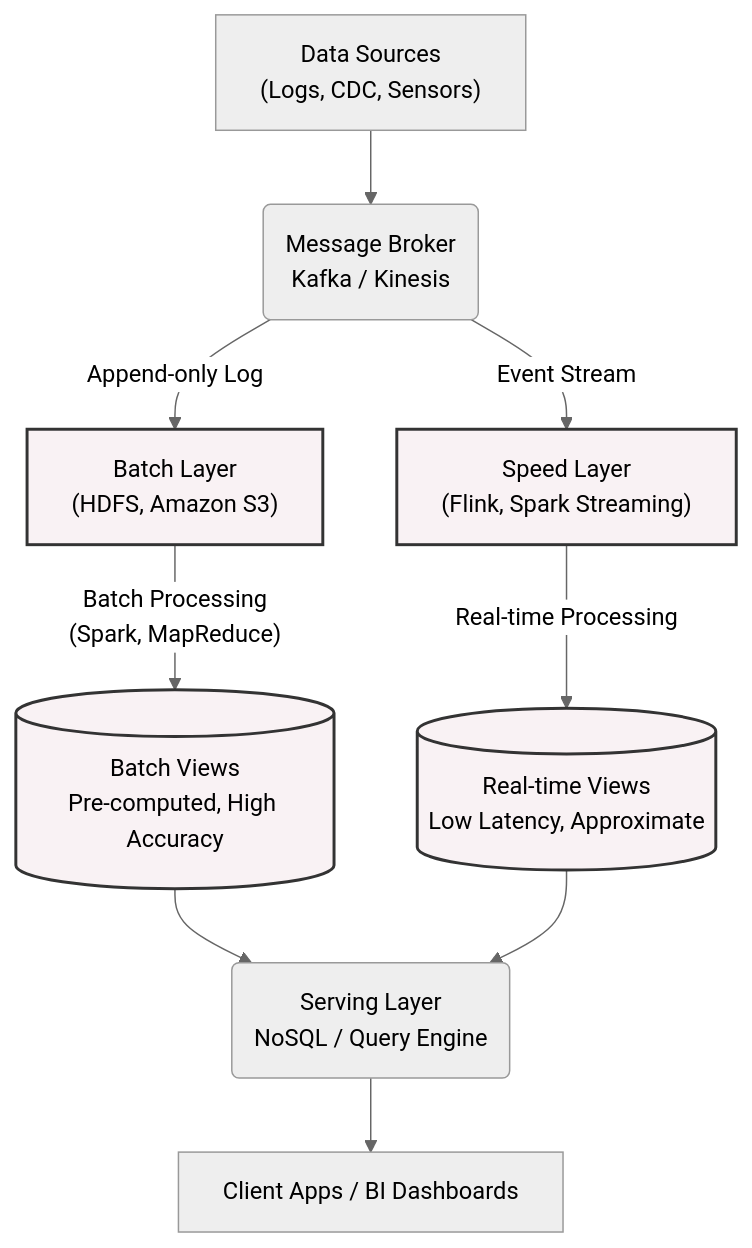
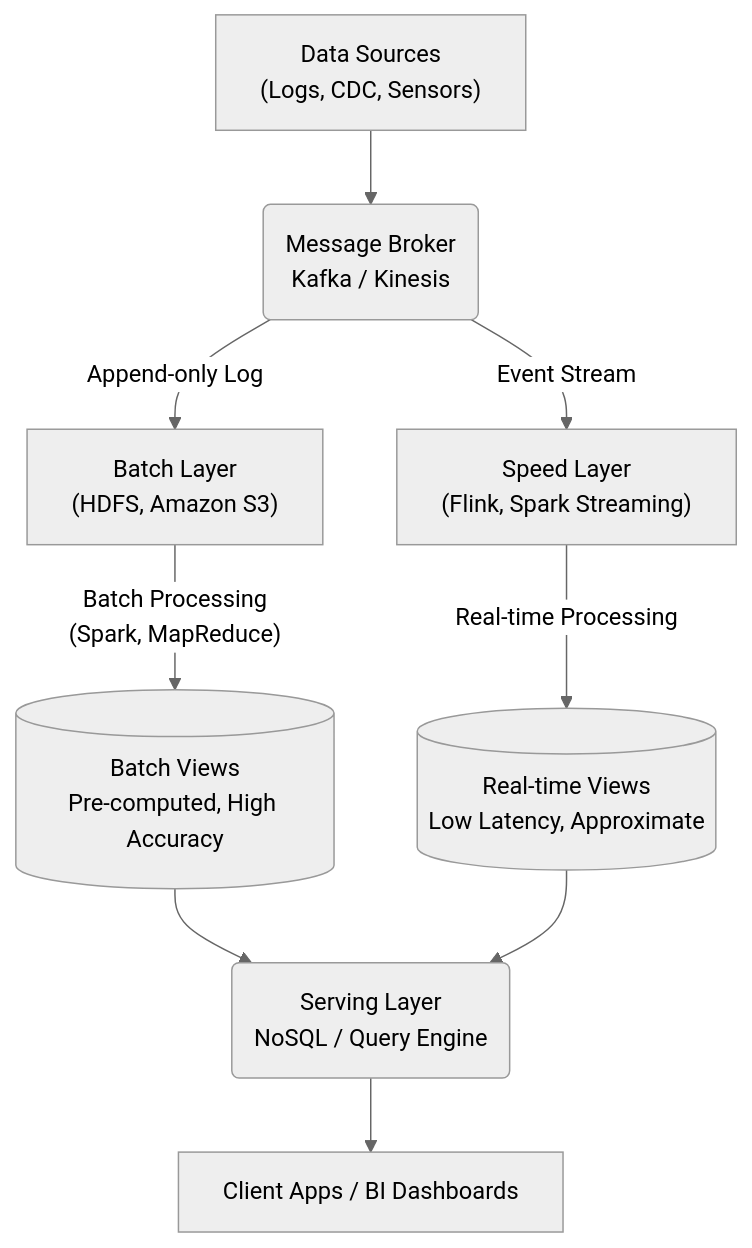
The first of 3 diagrams in src/content/docs/projects/system-design/lambda-vs-kappa-architecture.md (kythuatdulieu/kythuatdulieu.github.io), drawn with Mermaid (neutral theme) before and after one commit. The commit also changed other lines of this file and 686 other files, not shown here.

````diff
--- a/src/content/docs/projects/system-design/lambda-vs-kappa-architecture.md
+++ b/src/content/docs/projects/system-design/lambda-vs-kappa-architecture.md
@@ -27,19 +27,17 @@
 ```mermaid
 flowchart TD
     A["Data Sources \n(Logs, CDC, Sensors)"] --> B("Message Broker \nKafka / Kinesis")
     
     B -->|Append-only Log| C["Batch Layer\n(HDFS, Amazon S3)"]
     B -->|Event Stream| D["Speed Layer\n(Flink, Spark Streaming)"]
     
     C -->|"Batch Processing\n(Spark, MapReduce)"| E[("Batch Views\nPre-computed, High Accuracy")]
     D -->|Real-time Processing| F[("Real-time Views\nLow Latency, Approximate")]
     
     E --> G("Serving Layer \nNoSQL / Query Engine")
     F --> G
     
     G --> H["Client Apps / BI Dashboards"]
-
-    classDef layer fill:#f9f2f4,stroke:#333,stroke-width:2px;
     class C,E layer;
     class D,F layer;
 ```
````
